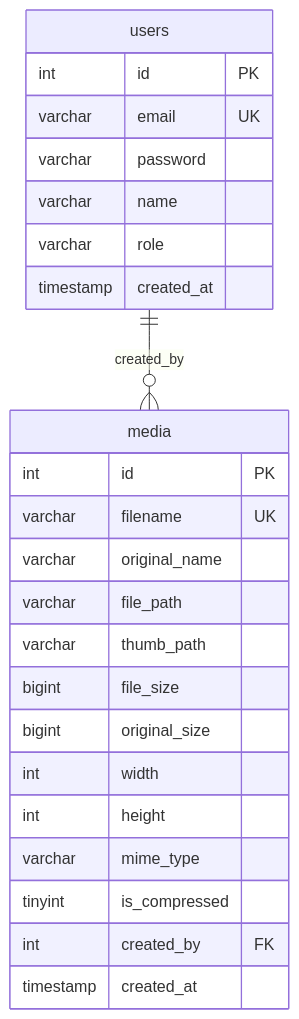
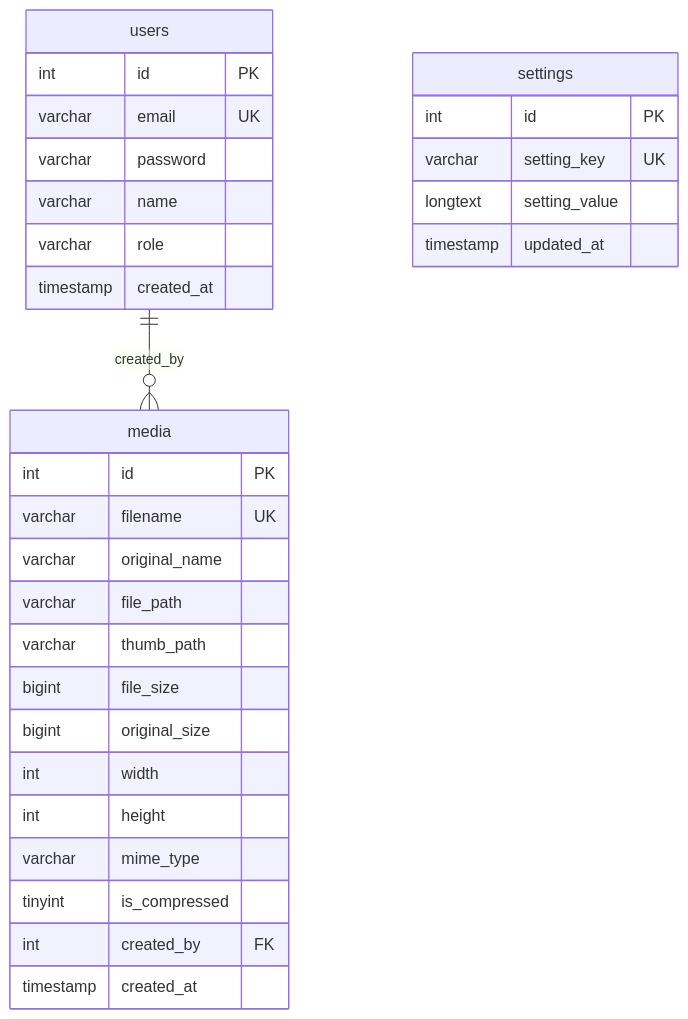
The second of 2 diagrams in .docs/docs_main.md (CRLeguizamon/tool-files-server), drawn with Mermaid before and after one commit. The commit also changed other lines of this file and 17 other files, not shown here.

````diff
--- a/.docs/docs_main.md
+++ b/.docs/docs_main.md
@@ -140,27 +161,33 @@
 ```mermaid
 erDiagram
     users ||--o{ media : "created_by"
     users {
         int id PK
         varchar email UK
         varchar password
         varchar name
         varchar role
         timestamp created_at
     }
     media {
         int id PK
         varchar filename UK
         varchar original_name
         varchar file_path
         varchar thumb_path
         bigint file_size
         bigint original_size
         int width
         int height
         varchar mime_type
         tinyint is_compressed
         int created_by FK
         timestamp created_at
     }
+    settings {
+        int id PK
+        varchar setting_key UK
+        longtext setting_value
+        timestamp updated_at
+    }
 ```
````
